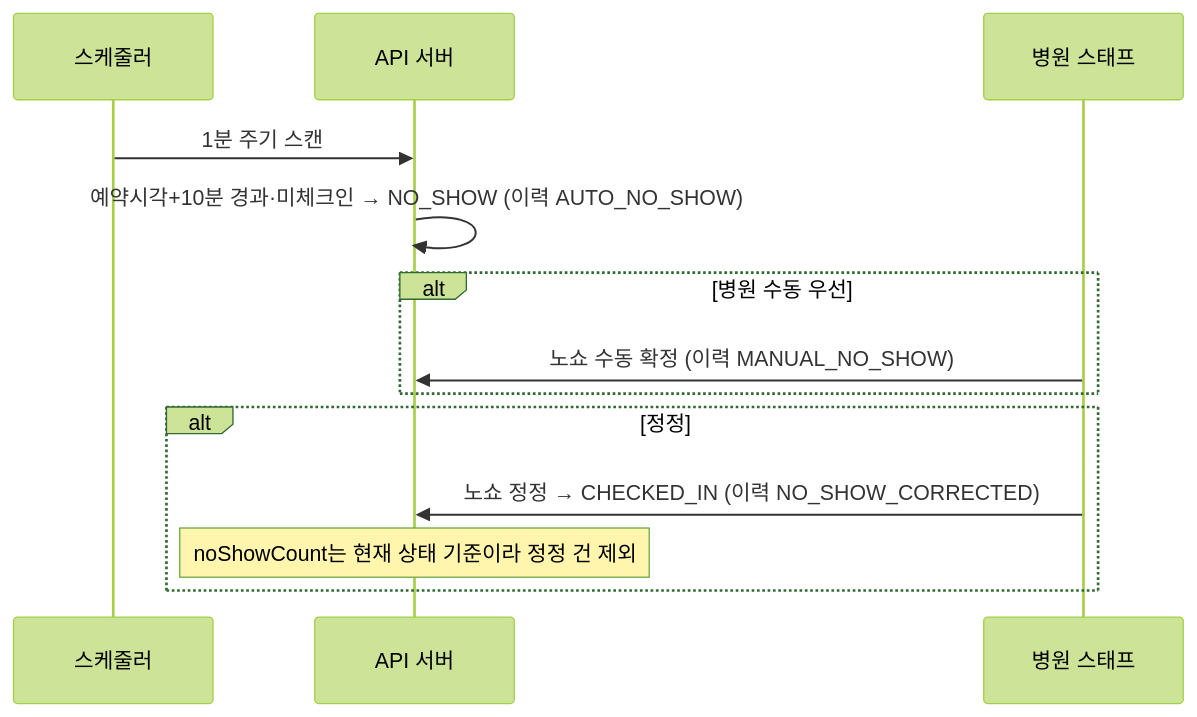
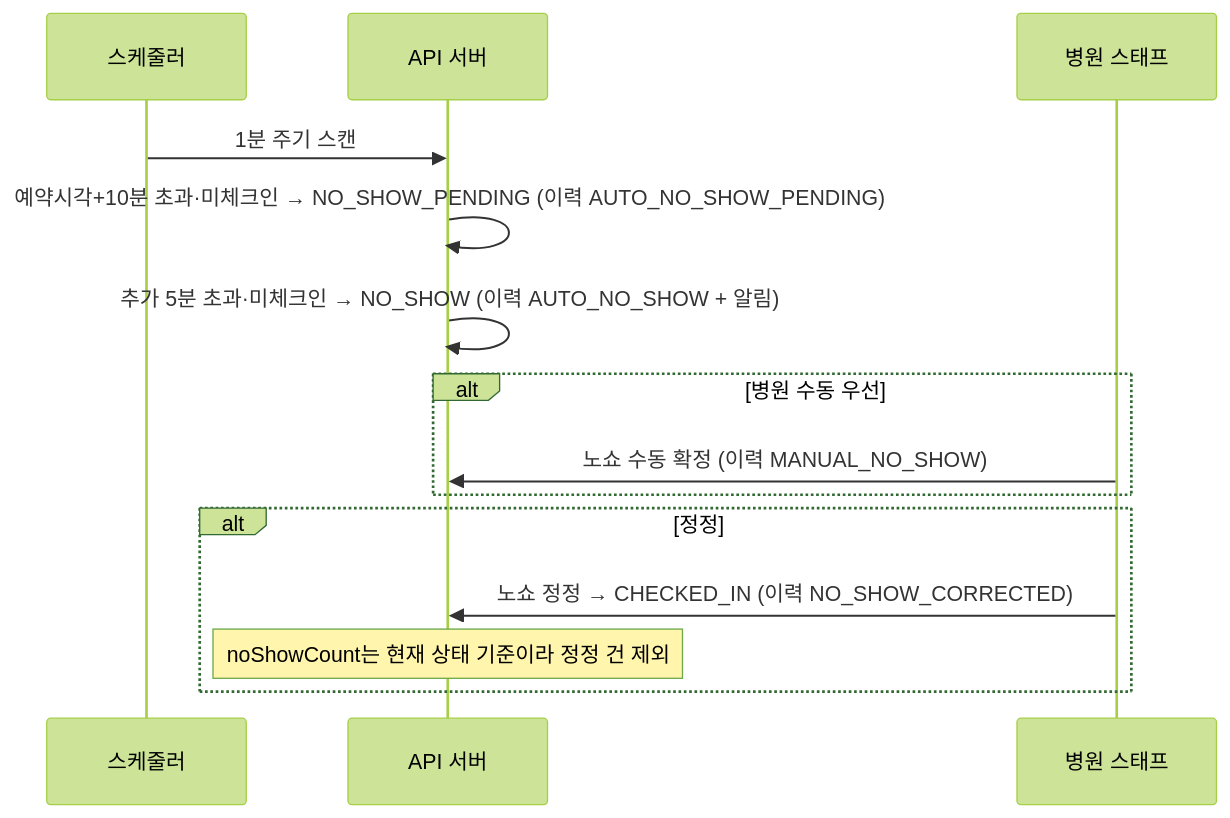
One commit to yyb0702-spec/DoctorPet changed the sixth of 6 diagrams in docs/architecture/DoctorPet-SA.md. Above: the diagram before and after it, drawn with Mermaid (forest theme). The commit also changed other lines of this file and 28 other files, not shown here.

````diff
--- a/docs/architecture/DoctorPet-SA.md
+++ b/docs/architecture/DoctorPet-SA.md
@@ -864,16 +869,17 @@
 ```mermaid
 sequenceDiagram
     participant SCH as 스케줄러
     participant S as API 서버
     participant H as 병원 스태프
 
     SCH->>S: 1분 주기 스캔
-    S->>S: 예약시각+10분 경과·미체크인 → NO_SHOW (이력 AUTO_NO_SHOW)
+    S->>S: 예약시각+10분 초과·미체크인 → NO_SHOW_PENDING (이력 AUTO_NO_SHOW_PENDING)
+    S->>S: 추가 5분 초과·미체크인 → NO_SHOW (이력 AUTO_NO_SHOW + 알림)
     alt 병원 수동 우선
         H->>S: 노쇼 수동 확정 (이력 MANUAL_NO_SHOW)
     end
     alt 정정
         H->>S: 노쇼 정정 → CHECKED_IN (이력 NO_SHOW_CORRECTED)
         Note over S: noShowCount는 현재 상태 기준이라 정정 건 제외
     end
 ```
````
